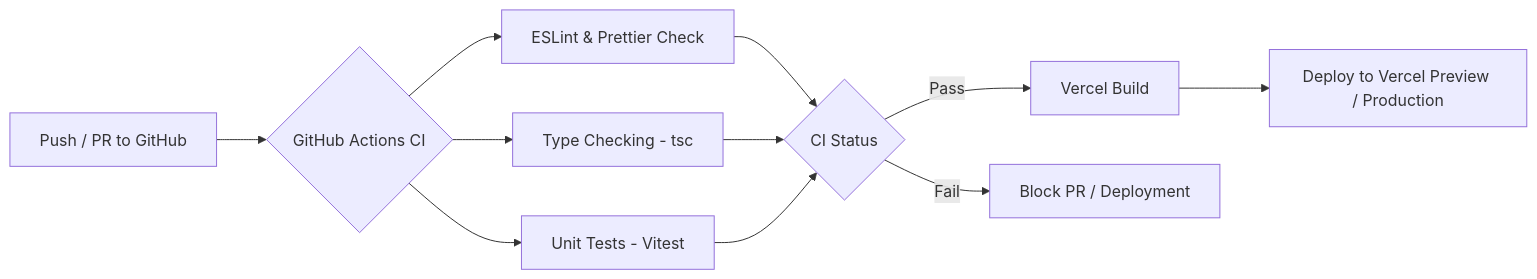
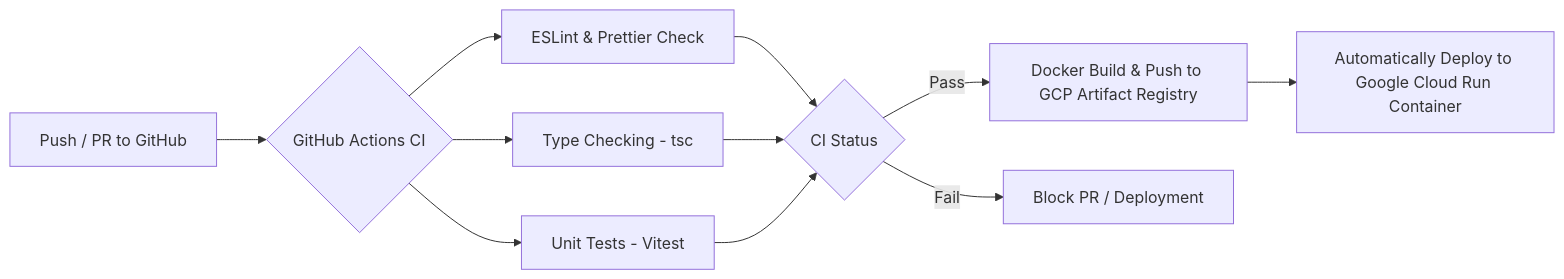
Diagram 16 of 16 in README.md (kazanaruishere-max/SafeWallet), drawn with Mermaid before and after one commit. The commit also changed other lines of this file, not shown here.

Commit message:
docs: expand README.md with detailed high-level architecture and comprehensive Mermaid workflows for all 6 features

````diff
--- a/README.md
+++ b/README.md
@@ -348,13 +498,13 @@
 ```mermaid
 flowchart LR
     A[Push / PR to GitHub] --> B{GitHub Actions CI}
     B --> C[ESLint & Prettier Check]
     B --> D[Type Checking - tsc]
     B --> E[Unit Tests - Vitest]
     C --> F{CI Status}
     D --> F
     E --> F
-    F -- Pass --> G[Vercel Build]
+    F -- Pass --> G[Docker Build & Push to GCP Artifact Registry]
     F -- Fail --> H[Block PR / Deployment]
-    G --> I[Deploy to Vercel Preview / Production]
+    G --> I[Automatically Deploy to Google Cloud Run Container]
 ```
````
